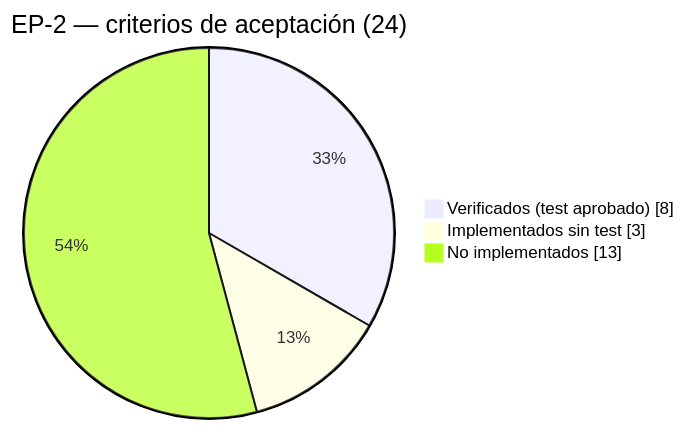
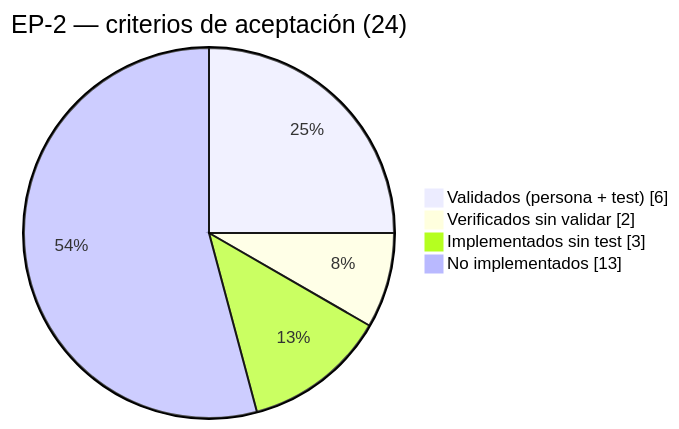
One commit to P4bl1t0ck/Urbanex changed the diagram in docs/handoff/URBANEX_AVANCE_EPICAS.md. Above: the diagram before and after it, drawn with Mermaid. The commit also changed other lines of this file and 3 other files, not shown here.

````diff
--- a/docs/handoff/URBANEX_AVANCE_EPICAS.md
+++ b/docs/handoff/URBANEX_AVANCE_EPICAS.md
@@ -99,6 +99,7 @@
 ```mermaid
 pie showData title EP-2 — criterios de aceptación (24)
-  "Verificados (test aprobado)" : 8
+  "Validados (persona + test)" : 6
+  "Verificados sin validar" : 2
   "Implementados sin test" : 3
   "No implementados" : 13
 ```
````
